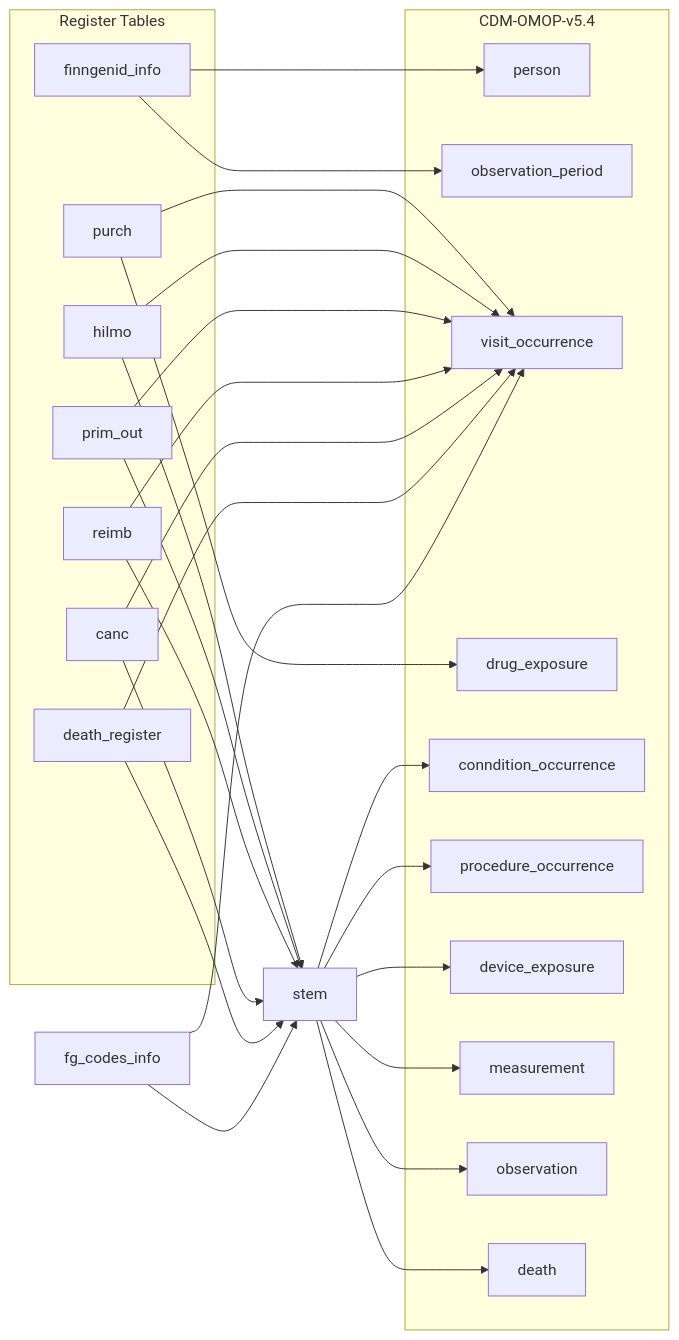
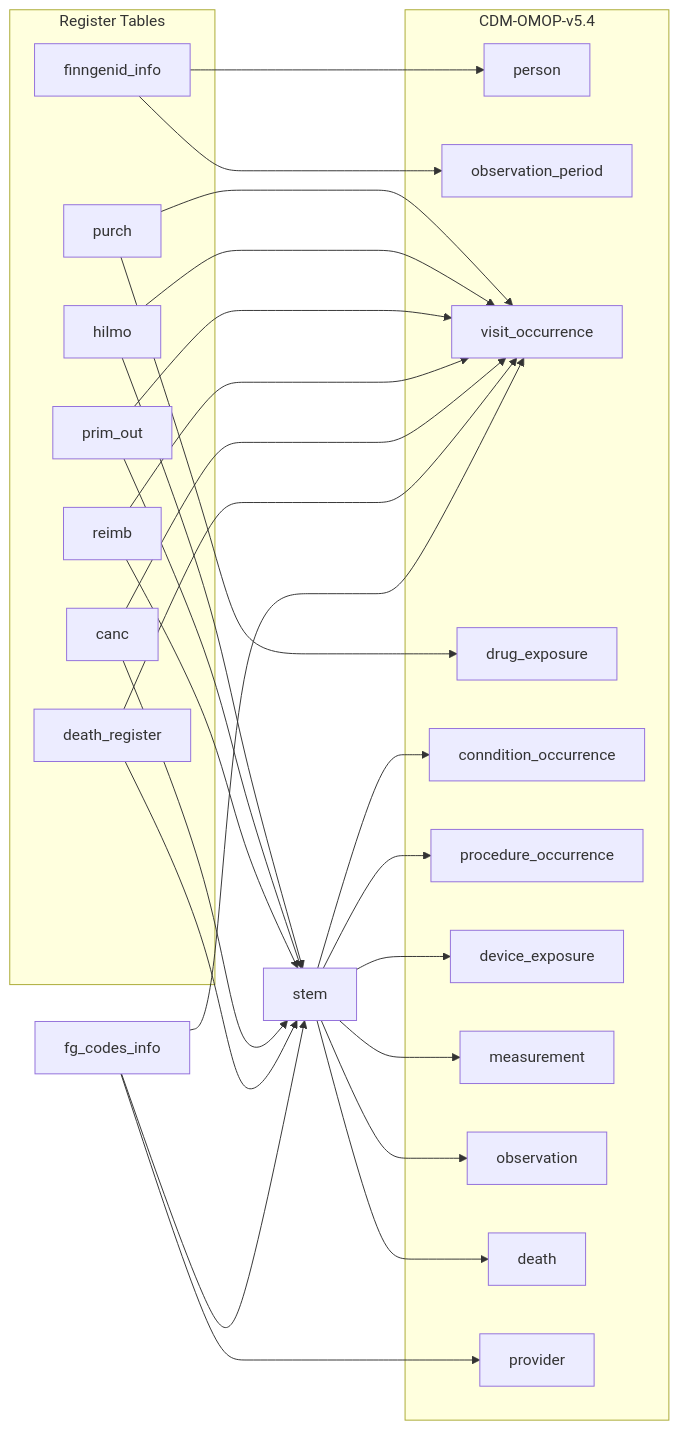
Before and after one commit to FINNGEN/ETL: the diagram in 2_etl_specifications/documentation/index.md, drawn with Mermaid. The commit also changed other lines of this file and 10 other files, not shown here.

````diff
--- a/2_etl_specifications/documentation/index.md
+++ b/2_etl_specifications/documentation/index.md
@@ -3,58 +3,60 @@
 ```mermaid
 flowchart LR
     subgraph Register Tables
         finngenid_info
         purch
         hilmo
         prim_out
         reimb
         canc
         death_register
     end
 
     subgraph CDM-OMOP-v5.4
         person
         observation_period
         visit_occurrence
         drug_exposure
         conndition_occurrence
         procedure_occurrence
         device_exposure
         measurement
         observation
         death
+        provider
     end
 
 
     finngenid_info-->person
     finngenid_info-->observation_period
 
     purch --> visit_occurrence
     purch --> drug_exposure
 
     hilmo --> visit_occurrence
     hilmo --> stem
 
     prim_out --> visit_occurrence
     prim_out --> stem
 
     reimb --> visit_occurrence
     reimb --> stem
 
     canc --> visit_occurrence
     canc --> stem
 
     death_register --> visit_occurrence
     death_register --> stem
 
     stem --> conndition_occurrence 
     stem --> procedure_occurrence
     stem --> device_exposure
     stem --> observation
     stem --> measurement
     stem --> death
 
     fg_codes_info --> stem 
     fg_codes_info --> visit_occurrence 
+    fg_codes_info-->provider
     
 ```
````
